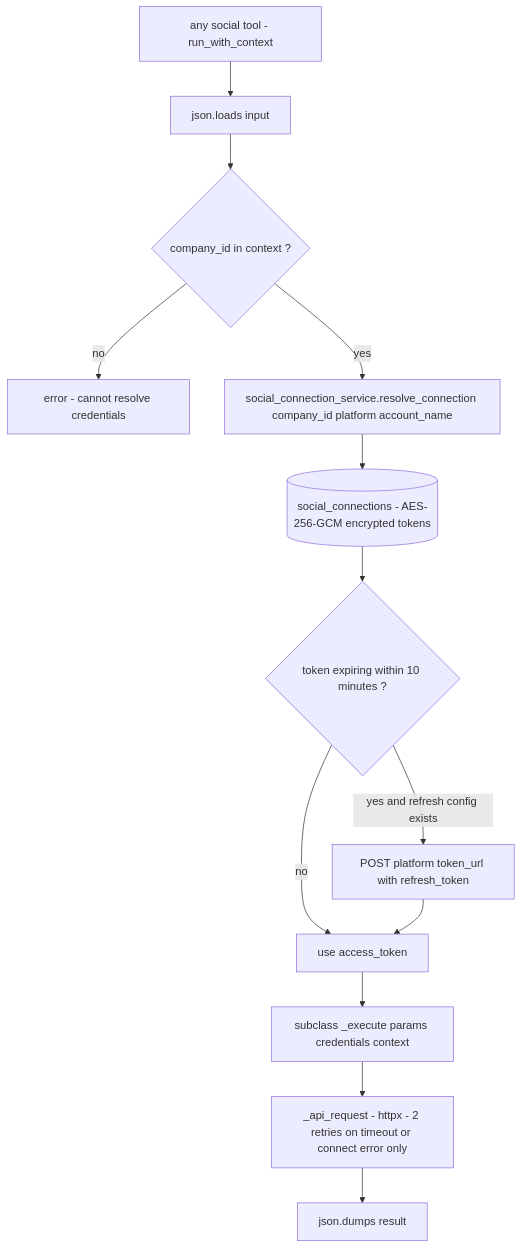
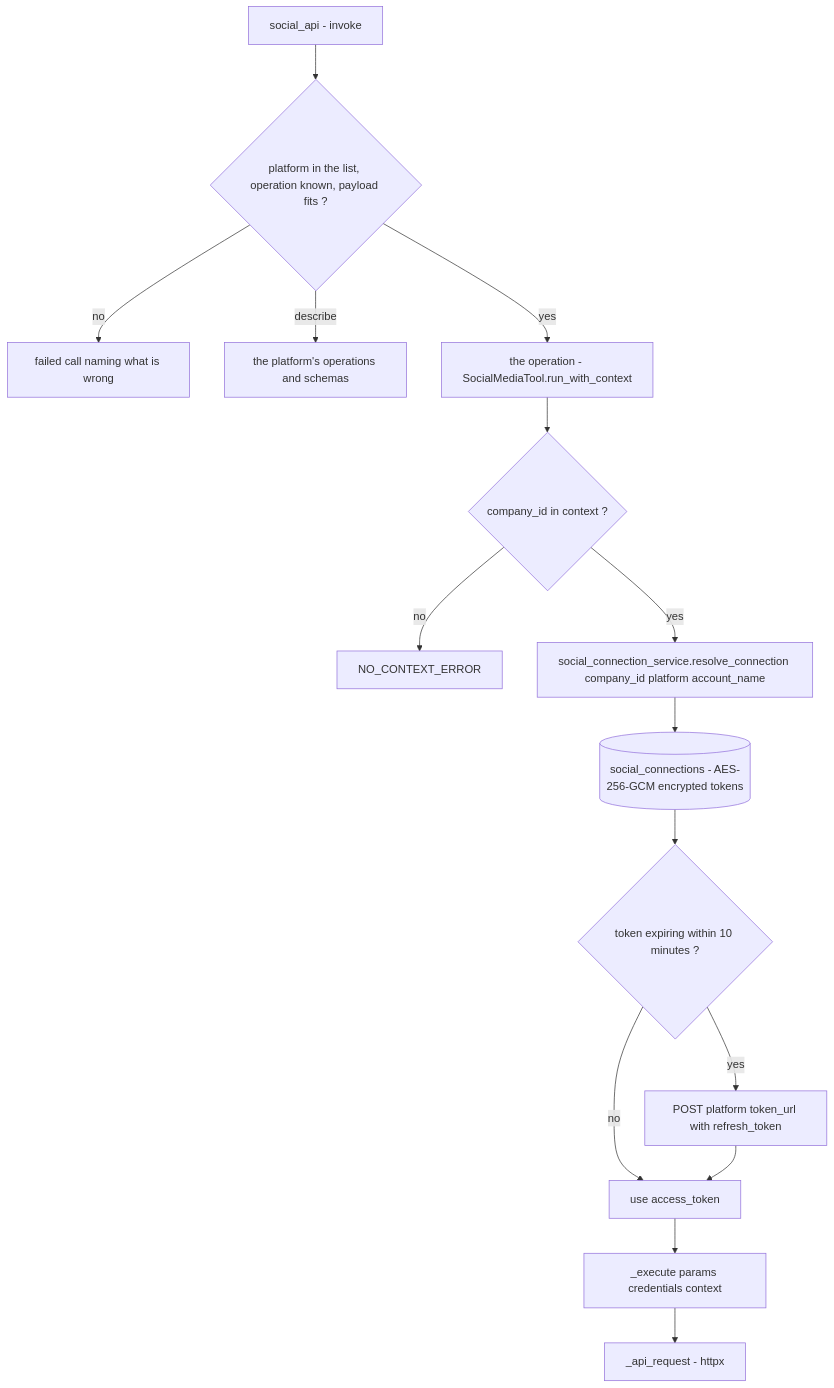
Diagram 11 of 23 in docs/current/09-tools.md (gondolerahul/hire-buddha-app), drawn with Mermaid before and after one commit. The commit also changed other lines of this file and 23 other files, not shown here.

````diff
--- a/docs/current/09-tools.md
+++ b/docs/current/09-tools.md
@@ -921,15 +902,17 @@
 ```mermaid
 flowchart TD
-    T["any social tool - run_with_context"] --> P["json.loads input"]
-    P --> C{"company_id in context ?"}
-    C -->|no| E1["error - cannot resolve credentials"]
+    T["social_api - invoke"] --> V{"platform in the list, operation known, payload fits ?"}
+    V -->|no| E0["failed call naming what is wrong"]
+    V -->|describe| D["the platform's operations and schemas"]
+    V -->|yes| O["the operation - SocialMediaTool.run_with_context"]
+    O --> C{"company_id in context ?"}
+    C -->|no| E1["NO_CONTEXT_ERROR"]
     C -->|yes| R["social_connection_service.resolve_connection company_id platform account_name"]
     R --> DB[("social_connections - AES-256-GCM encrypted tokens")]
     DB --> TK{"token expiring within 10 minutes ?"}
-    TK -->|yes and refresh config exists| RF["POST platform token_url with refresh_token"]
+    TK -->|yes| RF["POST platform token_url with refresh_token"]
     TK -->|no| OK["use access_token"]
     RF --> OK
-    OK --> X["subclass _execute params credentials context"]
-    X --> API["_api_request - httpx - 2 retries on timeout or connect error only"]
-    API --> J["json.dumps result"]
+    OK --> X["_execute params credentials context"]
+    X --> API["_api_request - httpx"]
 ```
````
